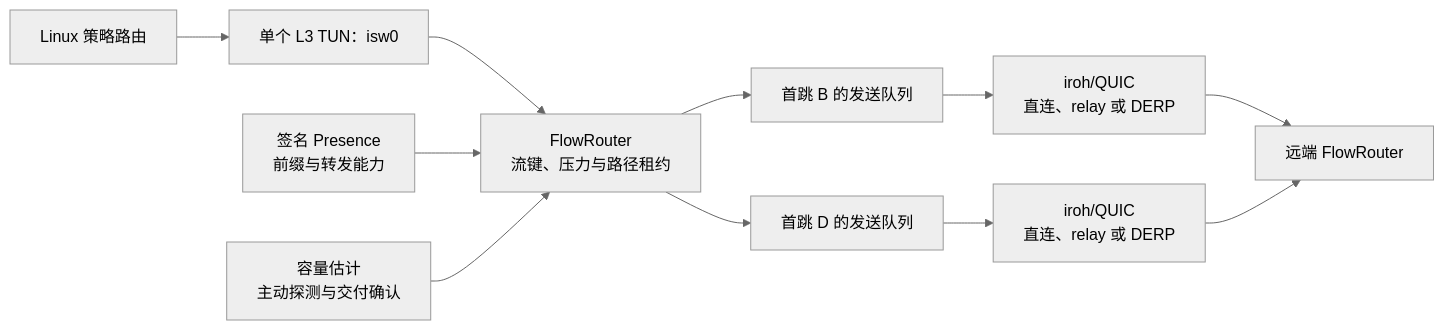
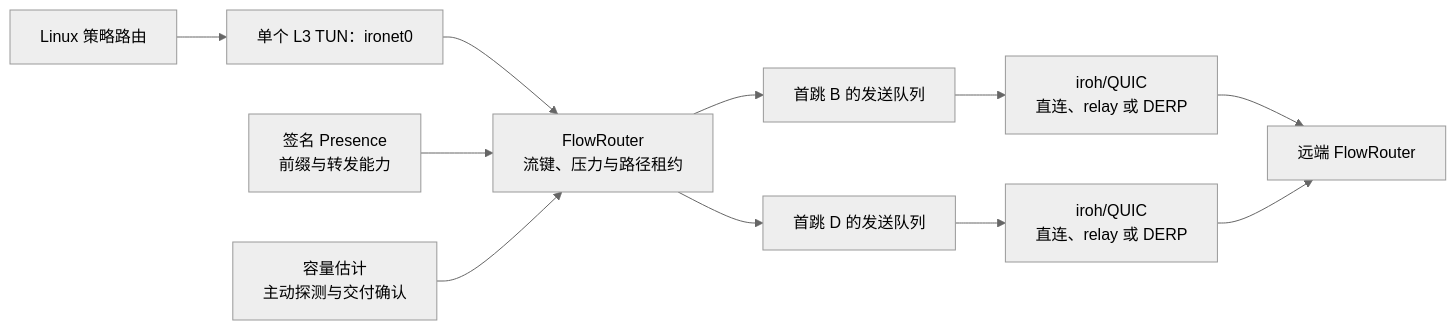
The diagram in README.md (p3psi-boo/iroh-sdwan), drawn with Mermaid (neutral theme) before and after one commit. The commit also changed other lines of this file and 69 other files, not shown here.

````diff
--- a/README.md
+++ b/README.md
@@ -21,13 +21,13 @@
 ```mermaid
 flowchart LR
-    R["Linux 策略路由"] --> T["单个 L3 TUN：isw0"]
+    R["Linux 策略路由"] --> T["单个 L3 TUN：ironet0"]
     T --> F["FlowRouter\n流键、压力与路径租约"]
     F --> B["首跳 B 的发送队列"]
     F --> D["首跳 D 的发送队列"]
     B --> U1["iroh/QUIC\n直连、relay 或 DERP"]
     D --> U2["iroh/QUIC\n直连、relay 或 DERP"]
     U1 --> P["远端 FlowRouter"]
     U2 --> P
     M["签名 Presence\n前缀与转发能力"] --> F
     C["容量估计\n主动探测与交付确认"] --> F
 ```
````
